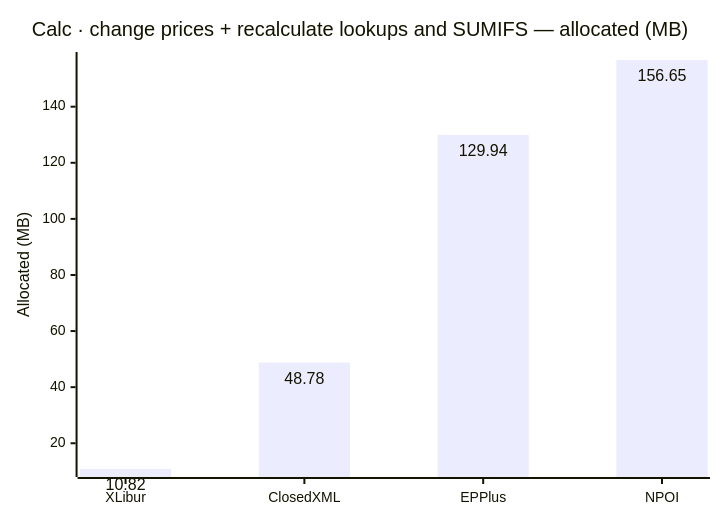
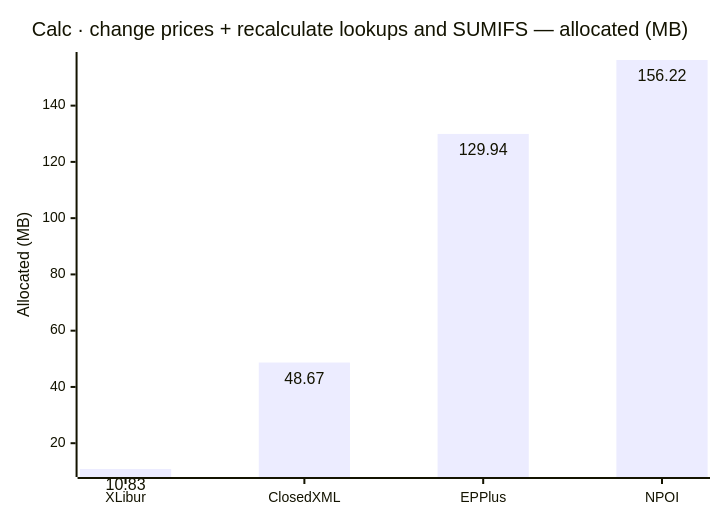
Diagram 16 of 18 in docs/results-ci.md (jafin/XLBench), drawn with Mermaid before and after one commit. The commit also changed other lines of this file, not shown here.

````diff
--- a/docs/results-ci.md
+++ b/docs/results-ci.md
@@ -238,12 +238,12 @@
 ```mermaid
 ---
 config:
   xyChart:
     showDataLabel: true
 ---
 xychart-beta
     title "Calc · change prices + recalculate lookups and SUMIFS — allocated (MB)"
     x-axis ["XLibur", "ClosedXML", "EPPlus", "NPOI"]
     y-axis "Allocated (MB)"
-    bar [10.82, 48.78, 129.94, 156.65]
+    bar [10.83, 48.67, 129.94, 156.22]
 ```
````
